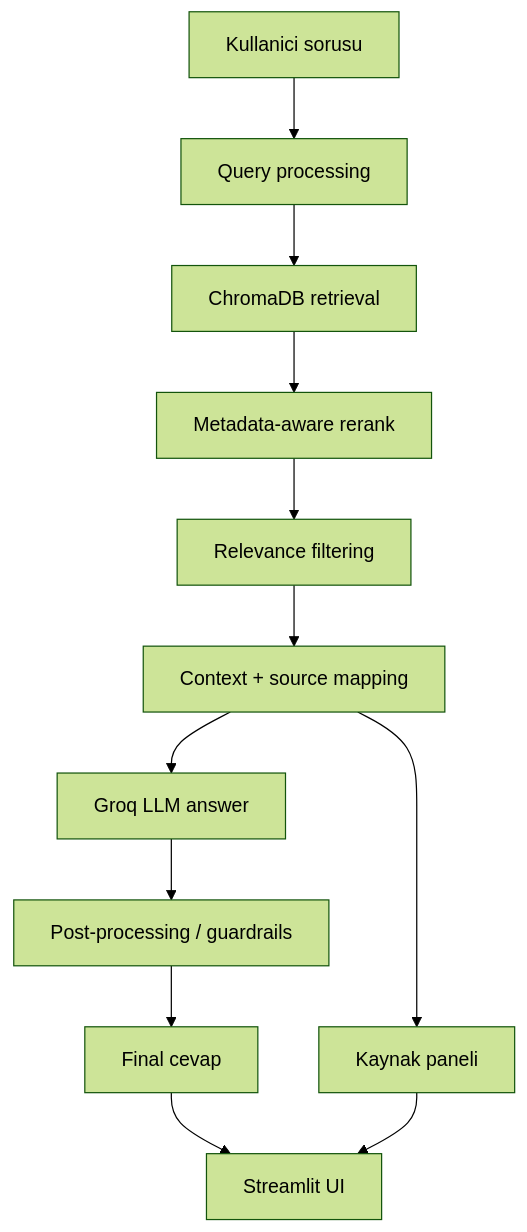
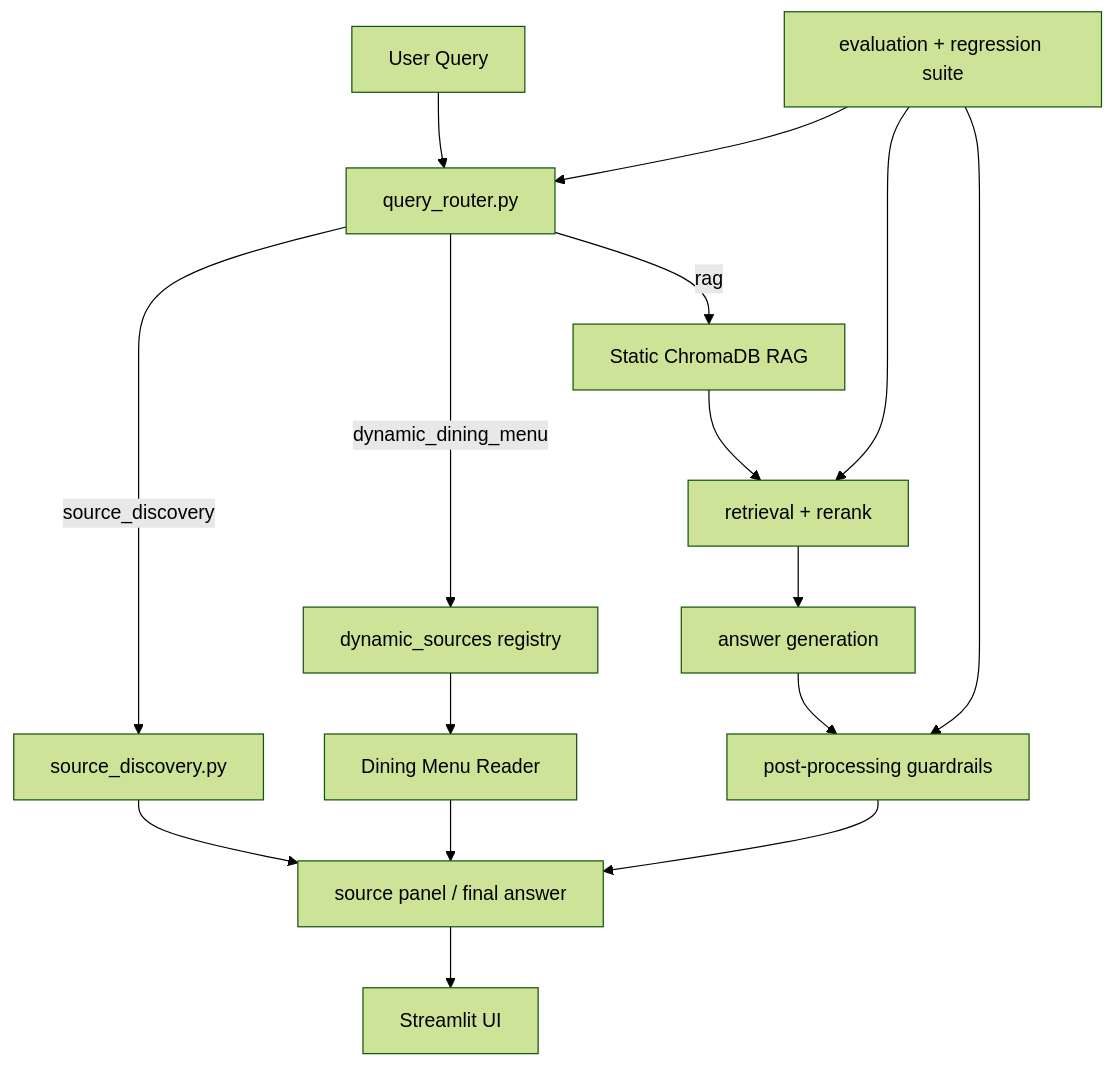
Before and after one commit to maliblgn/Selcuk_RAG_Asistan: the diagram in docs/ARCHITECTURE_OVERVIEW.md, drawn with Mermaid (forest theme). The commit also changed other lines of this file and 9 other files, not shown here.

````diff
--- a/docs/ARCHITECTURE_OVERVIEW.md
+++ b/docs/ARCHITECTURE_OVERVIEW.md
@@ -9,14 +9,18 @@
 ```mermaid
 flowchart TD
-    A["Kullanici sorusu"] --> B["Query processing"]
-    B --> C["ChromaDB retrieval"]
-    C --> D["Metadata-aware rerank"]
-    D --> E["Relevance filtering"]
-    E --> F["Context + source mapping"]
-    F --> G["Groq LLM answer"]
-    G --> H["Post-processing / guardrails"]
-    H --> I["Final cevap"]
-    F --> J["Kaynak paneli"]
-    I --> K["Streamlit UI"]
-    J --> K
+    A["User Query"] --> B["query_router.py"]
+    B -->|source_discovery| C["source_discovery.py"]
+    B -->|dynamic_dining_menu| D["dynamic_sources registry"]
+    B -->|rag| E["Static ChromaDB RAG"]
+    D --> F["Dining Menu Reader"]
+    E --> G["retrieval + rerank"]
+    G --> H["answer generation"]
+    H --> I["post-processing guardrails"]
+    C --> J["source panel / final answer"]
+    F --> J
+    I --> J
+    J --> K["Streamlit UI"]
+    L["evaluation + regression suite"] --> B
+    L --> G
+    L --> I
 ```
````
